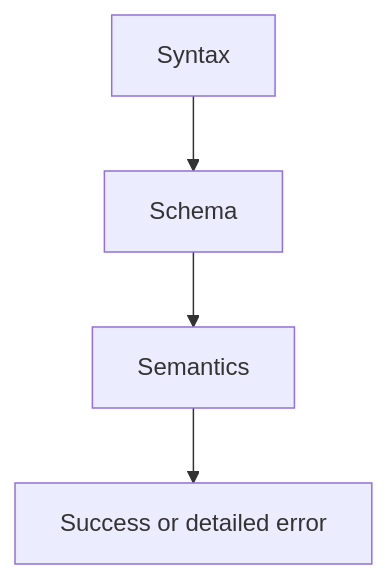
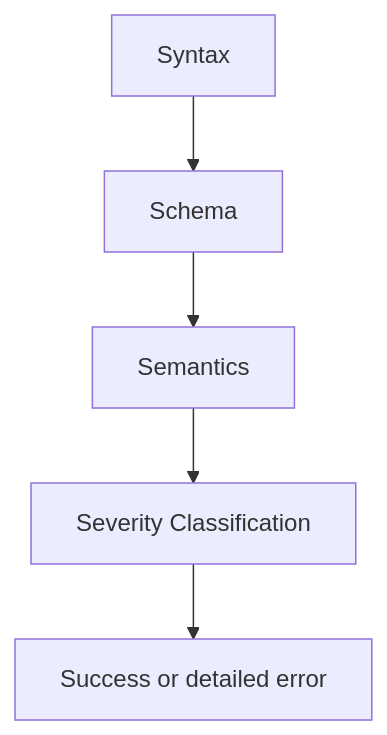
Before and after one commit to asukhodko/opskarta: the eighth of 9 diagrams in .qoder/repowiki/en/content/Specification Reference/Specification Reference.md, drawn with Mermaid. The commit also changed other lines of this file and 6 other files, not shown here.

````diff
--- a/.qoder/repowiki/en/content/Specification Reference/Specification Reference.md
+++ b/.qoder/repowiki/en/content/Specification Reference/Specification Reference.md
@@ -321,6 +456,7 @@
 ```mermaid
 flowchart TD
 L1["Syntax"] --> L2["Schema"]
 L2 --> L3["Semantics"]
-L3 --> Out["Success or detailed error"]
+L3 --> Severity["Severity Classification"]
+Severity --> Out["Success or detailed error"]
 ```
````
